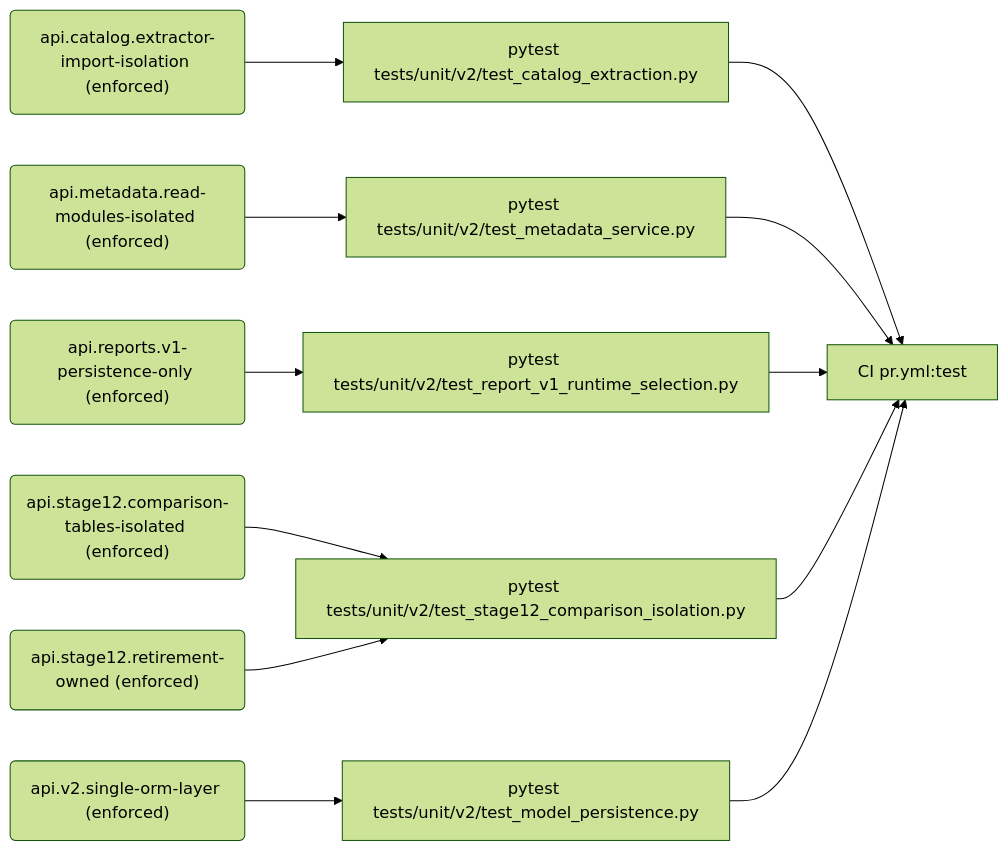
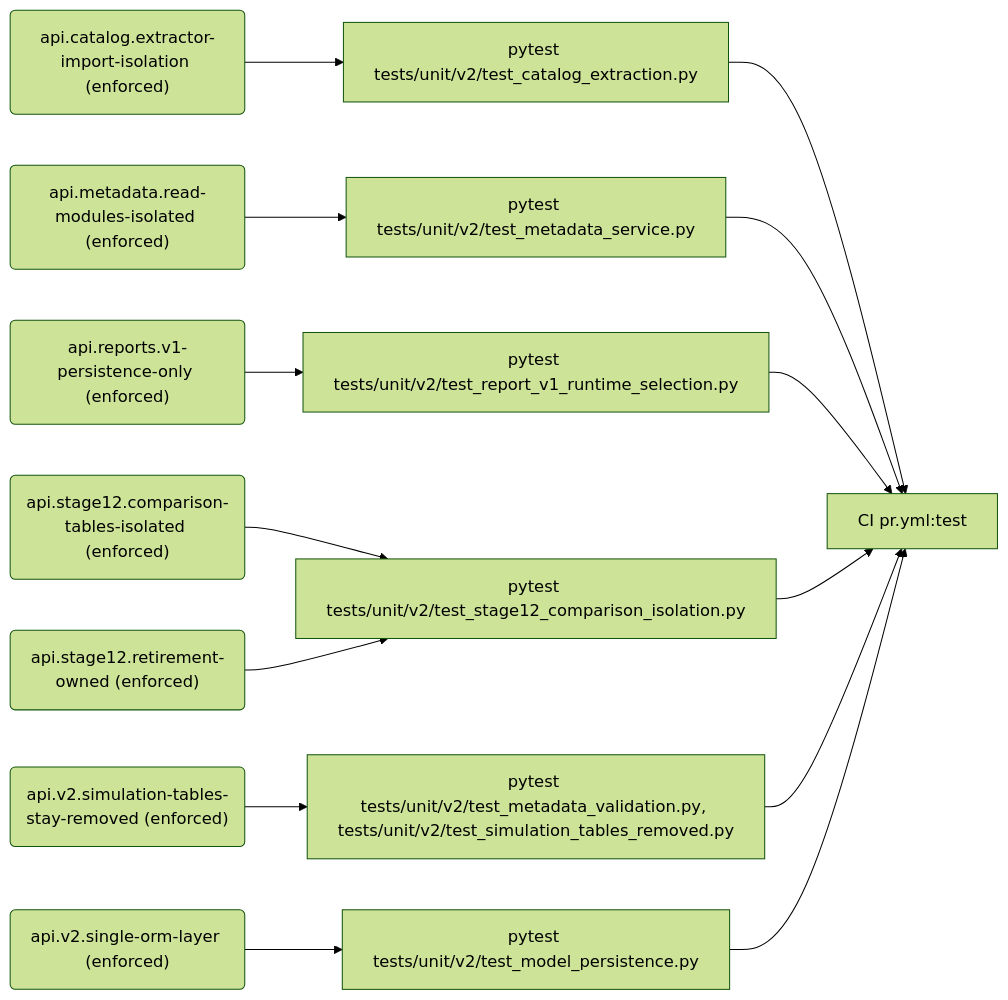
Before and after one commit to PolicyEngine/policyengine-api: the fourth of 9 diagrams in docs/generated/rules.md, drawn with Mermaid (forest theme). The commit also changed other lines of this file and 31 other files, not shown here.

````diff
--- a/docs/generated/rules.md
+++ b/docs/generated/rules.md
@@ -198,26 +199,30 @@
 ```mermaid
 flowchart LR
   r_api_catalog_extractor_import_isolation("api.catalog.extractor-import-isolation (enforced)")
   e_pytest_tests_unit_v2_test_catalog_extraction_py["pytest tests/unit/v2/test_catalog_extraction.py"]
   j_CI_pr_yml_test["CI pr.yml:test"]
   r_api_metadata_read_modules_isolated("api.metadata.read-modules-isolated (enforced)")
   e_pytest_tests_unit_v2_test_metadata_service_py["pytest tests/unit/v2/test_metadata_service.py"]
   r_api_reports_v1_persistence_only("api.reports.v1-persistence-only (enforced)")
   e_pytest_tests_unit_v2_test_report_v1_runtime_selection_py["pytest tests/unit/v2/test_report_v1_runtime_selection.py"]
   r_api_stage12_comparison_tables_isolated("api.stage12.comparison-tables-isolated (enforced)")
   e_pytest_tests_unit_v2_test_stage12_comparison_isolation_py["pytest tests/unit/v2/test_stage12_comparison_isolation.py"]
   r_api_stage12_retirement_owned("api.stage12.retirement-owned (enforced)")
+  r_api_v2_simulation_tables_stay_removed("api.v2.simulation-tables-stay-removed (enforced)")
+  e_pytest_tests_unit_v2_test_metadata_validation_py__tests_unit_v2_test_simulation_tables_removed_py["pytest tests/unit/v2/test_metadata_validation.py, tests/unit/v2/test_simulation_tables_removed.py"]
   r_api_v2_single_orm_layer("api.v2.single-orm-layer (enforced)")
   e_pytest_tests_unit_v2_test_model_persistence_py["pytest tests/unit/v2/test_model_persistence.py"]
   r_api_catalog_extractor_import_isolation --> e_pytest_tests_unit_v2_test_catalog_extraction_py
   e_pytest_tests_unit_v2_test_catalog_extraction_py --> j_CI_pr_yml_test
   r_api_metadata_read_modules_isolated --> e_pytest_tests_unit_v2_test_metadata_service_py
   e_pytest_tests_unit_v2_test_metadata_service_py --> j_CI_pr_yml_test
   r_api_reports_v1_persistence_only --> e_pytest_tests_unit_v2_test_report_v1_runtime_selection_py
   e_pytest_tests_unit_v2_test_report_v1_runtime_selection_py --> j_CI_pr_yml_test
   r_api_stage12_comparison_tables_isolated --> e_pytest_tests_unit_v2_test_stage12_comparison_isolation_py
   e_pytest_tests_unit_v2_test_stage12_comparison_isolation_py --> j_CI_pr_yml_test
   r_api_stage12_retirement_owned --> e_pytest_tests_unit_v2_test_stage12_comparison_isolation_py
+  r_api_v2_simulation_tables_stay_removed --> e_pytest_tests_unit_v2_test_metadata_validation_py__tests_unit_v2_test_simulation_tables_removed_py
+  e_pytest_tests_unit_v2_test_metadata_validation_py__tests_unit_v2_test_simulation_tables_removed_py --> j_CI_pr_yml_test
   r_api_v2_single_orm_layer --> e_pytest_tests_unit_v2_test_model_persistence_py
   e_pytest_tests_unit_v2_test_model_persistence_py --> j_CI_pr_yml_test
 ```
````
